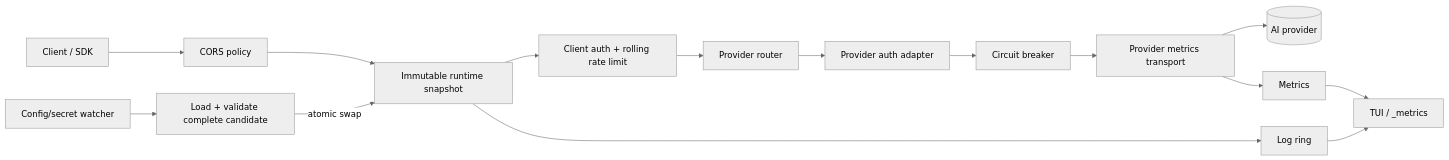
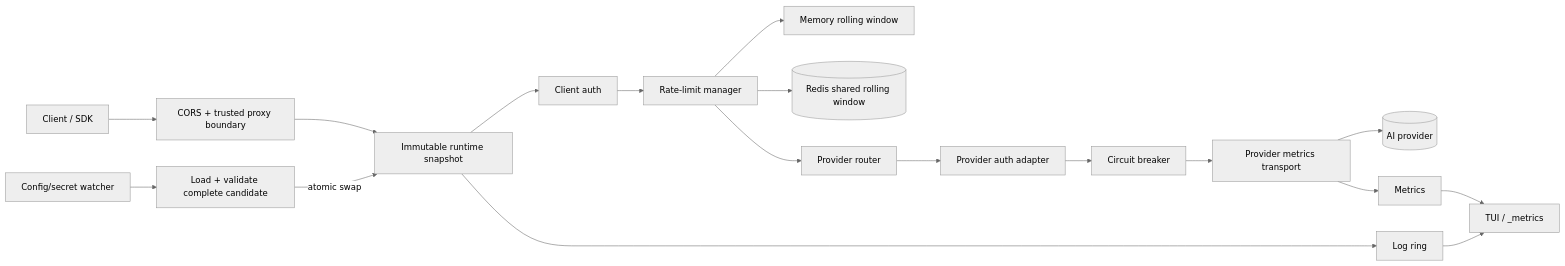
One commit to Homiakus/GemGate changed the diagram in docs/ARCHITECTURE.md. Above: the diagram before and after it, drawn with Mermaid (neutral theme). The commit also changed other lines of this file and 7 other files, not shown here.

````diff
--- a/docs/ARCHITECTURE.md
+++ b/docs/ARCHITECTURE.md
@@ -7,17 +7,20 @@
 ```mermaid
 flowchart LR
-    C[Client / SDK] --> X[CORS policy]
+    C[Client / SDK] --> X[CORS + trusted proxy boundary]
     X --> S[Immutable runtime snapshot]
-    S --> A[Client auth + rolling rate limit]
-    A --> R[Provider router]
+    S --> A[Client auth]
+    A --> RL[Rate-limit manager]
+    RL --> MEM[Memory rolling window]
+    RL --> REDIS[(Redis shared rolling window)]
+    RL --> R[Provider router]
     R --> P[Provider auth adapter]
     P --> CB[Circuit breaker]
     CB --> PM[Provider metrics transport]
     PM --> U[(AI provider)]
     PM --> M[Metrics]
     S --> L[Log ring]
     M --> T[TUI / _metrics]
     L --> T
     W[Config/secret watcher] --> V[Load + validate complete candidate]
     V -->|atomic swap| S
 ```
````
